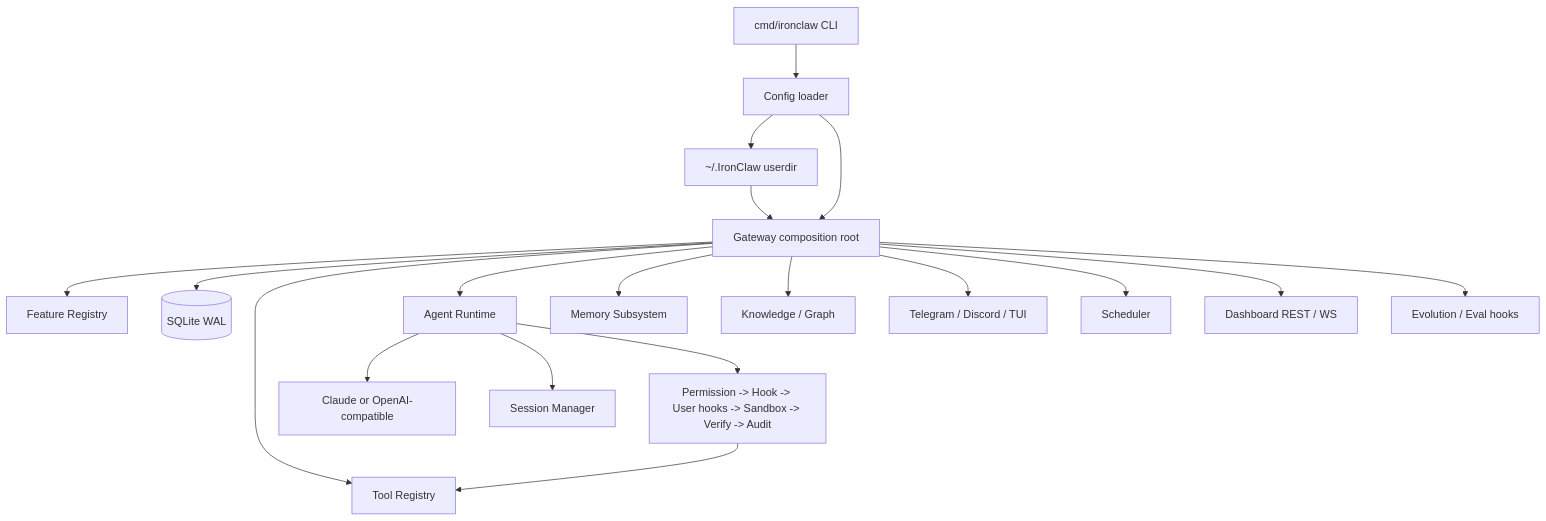
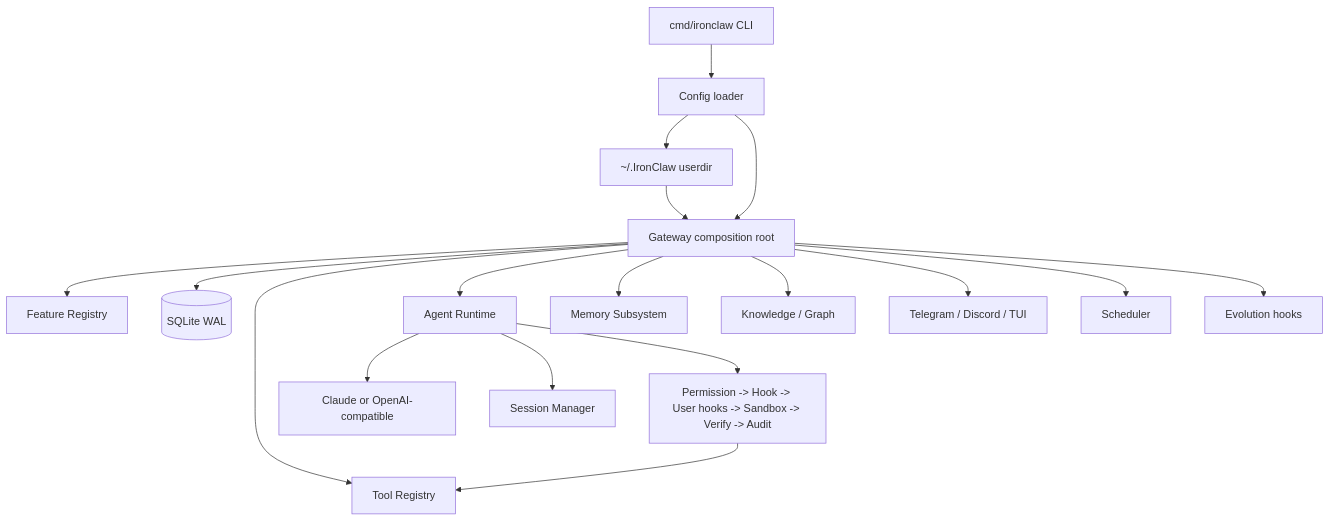
One commit to Forest-Isle/daimon changed the diagram in README_zh.md. Above: the diagram before and after it, drawn with Mermaid. The commit also changed other lines of this file and 61 other files, not shown here.

````diff
--- a/README_zh.md
+++ b/README_zh.md
@@ -21,23 +20,22 @@
 ```mermaid
 flowchart TB
     CLI[cmd/ironclaw CLI] --> Config[Config loader]
     Config --> UserDir[~/.IronClaw userdir]
     Config --> Gateway[Gateway composition root]
     UserDir --> Gateway
 
     Gateway --> Feature[Feature Registry]
     Gateway --> Store[(SQLite WAL)]
     Gateway --> Tools[Tool Registry]
     Gateway --> Agent[Agent Runtime]
     Gateway --> Memory[Memory Subsystem]
     Gateway --> Knowledge[Knowledge / Graph]
     Gateway --> Channels[Telegram / Discord / TUI]
     Gateway --> Scheduler[Scheduler]
-    Gateway --> Dashboard[Dashboard REST / WS]
-    Gateway --> Evolution[Evolution / Eval hooks]
+    Gateway --> Evolution[Evolution hooks]
 
     Agent --> Provider[Claude or OpenAI-compatible]
     Agent --> Sessions[Session Manager]
     Agent --> ToolChain[Permission -> Hook -> User hooks -> Sandbox -> Verify -> Audit]
     ToolChain --> Tools
 ```
````
